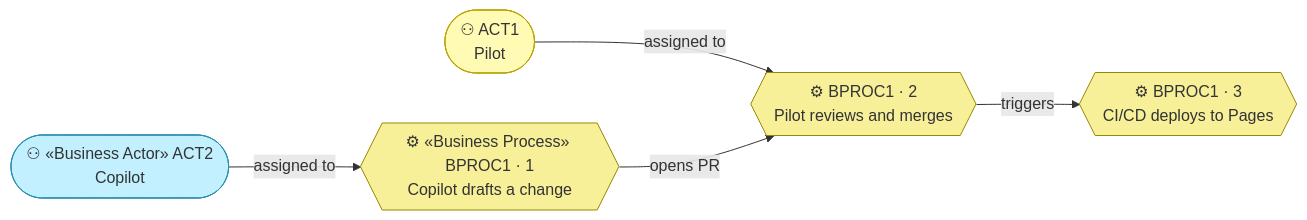
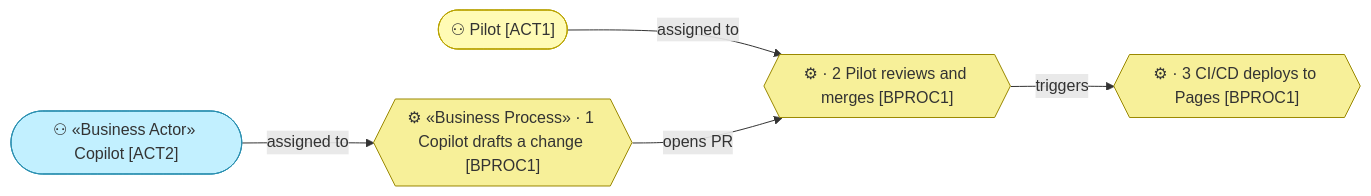
Before and after one commit to roanboc/architecture-archreator: the third of 3 diagrams in product-archreator/site/architecture/2_business/2_business-services.md, drawn with Mermaid. The commit also changed other lines of this file and 38 other files, not shown here.

````diff
--- a/product-archreator/site/architecture/2_business/2_business-services.md
+++ b/product-archreator/site/architecture/2_business/2_business-services.md
@@ -65,18 +65,18 @@
 ```mermaid
 flowchart LR
-  draft{{"⚙ «Business Process» BPROC1 · 1<br>Copilot drafts a change"}}:::process
-  review{{"⚙ BPROC1 · 2<br>Pilot reviews and merges"}}:::process
-  deploy{{"⚙ BPROC1 · 3<br>CI/CD deploys to Pages"}}:::process
+  draft{{"⚙ «Business Process» · 1 Copilot drafts a change [BPROC1]"}}:::process
+  review{{"⚙ · 2 Pilot reviews and merges [BPROC1]"}}:::process
+  deploy{{"⚙ · 3 CI/CD deploys to Pages [BPROC1]"}}:::process
 
-  act2(["⚇ «Business Actor» ACT2<br>Copilot"]):::actorai
-  act1(["⚇ ACT1<br>Pilot"]):::actor
+  act2(["⚇ «Business Actor» Copilot [ACT2]"]):::actorai
+  act1(["⚇ Pilot [ACT1]"]):::actor
 
   act2 -->|assigned to| draft
   act1 -->|assigned to| review
   draft -->|opens PR| review
   review -->|triggers| deploy
 
   classDef process fill:#f7f099,stroke:#9a8800,color:#333
   classDef actor fill:#fffbb5,stroke:#b8a200,color:#333
   classDef actorai fill:#c2f0ff,stroke:#2a8fb0,color:#333
 ```
````
